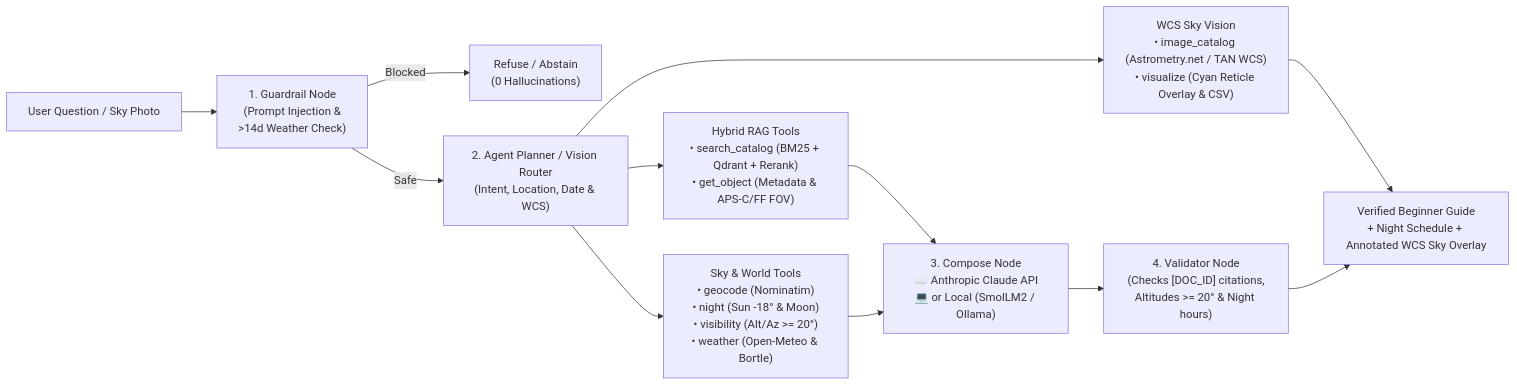
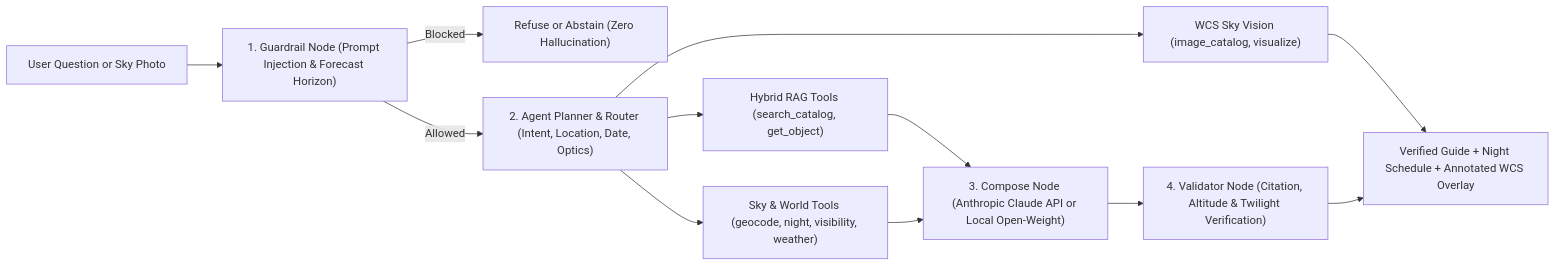
One commit to Waxguillermo/Astropilote changed the diagram in README.md. Above: the diagram before and after it, drawn with Mermaid. The commit also changed other lines of this file and 36 other files, not shown here.

````diff
--- a/README.md
+++ b/README.md
@@ -83,17 +16,17 @@
 ```mermaid
 flowchart LR
-    U["User Question / Sky Photo"] --> G["1. Guardrail Node<br/>(Prompt Injection &<br/>>14d Weather Check)"]
-    G -->| Blocked | R["Refuse / Abstain<br/>(0 Hallucinations)"]
-    G -->| Safe | A["2. Agent Planner / Vision Router<br/>(Intent, Location, Date & WCS)"]
+    U["User Question or Sky Photo"] --> G["1. Guardrail Node (Prompt Injection & Forecast Horizon)"]
+    G -->|Blocked| R["Refuse or Abstain (Zero Hallucination)"]
+    G -->|Allowed| A["2. Agent Planner & Router (Intent, Location, Date, Optics)"]
 
-    A --> T1["Hybrid RAG Tools<br/>• search_catalog (BM25 + Qdrant + Rerank)<br/>• get_object (Metadata & APS-C/FF FOV)"]
-    A --> T2["Sky & World Tools<br/>• geocode (Nominatim)<br/>• night (Sun -18° & Moon)<br/>• visibility (Alt/Az >= 20°)<br/>• weather (Open-Meteo & Bortle)"]
-    A --> T3["WCS Sky Vision<br/>• image_catalog (Astrometry.net / TAN WCS)<br/>• visualize (Cyan Reticle Overlay & CSV)"]
+    A --> T1["Hybrid RAG Tools (search_catalog, get_object)"]
+    A --> T2["Sky & World Tools (geocode, night, visibility, weather)"]
+    A --> T3["WCS Sky Vision (image_catalog, visualize)"]
 
-    T1 --> C["3. Compose Node<br/>☁️ Anthropic Claude API<br/>💻 or Local (SmolLM2 / Ollama)"]
+    T1 --> C["3. Compose Node (Anthropic Claude API or Local Open-Weight)"]
     T2 --> C
-    T3 --> O
+    T3 --> O["Verified Guide + Night Schedule + Annotated WCS Overlay"]
 
-    C --> V["4. Validator Node<br/>(Checks [DOC_ID] citations,<br/>Altitudes >= 20° & Night hours)"]
-    V --> O["Verified Beginner Guide<br/>+ Night Schedule + Annotated WCS Sky Overlay"]
+    C --> V["4. Validator Node (Citation, Altitude & Twilight Verification)"]
+    V --> O
 ```
````
